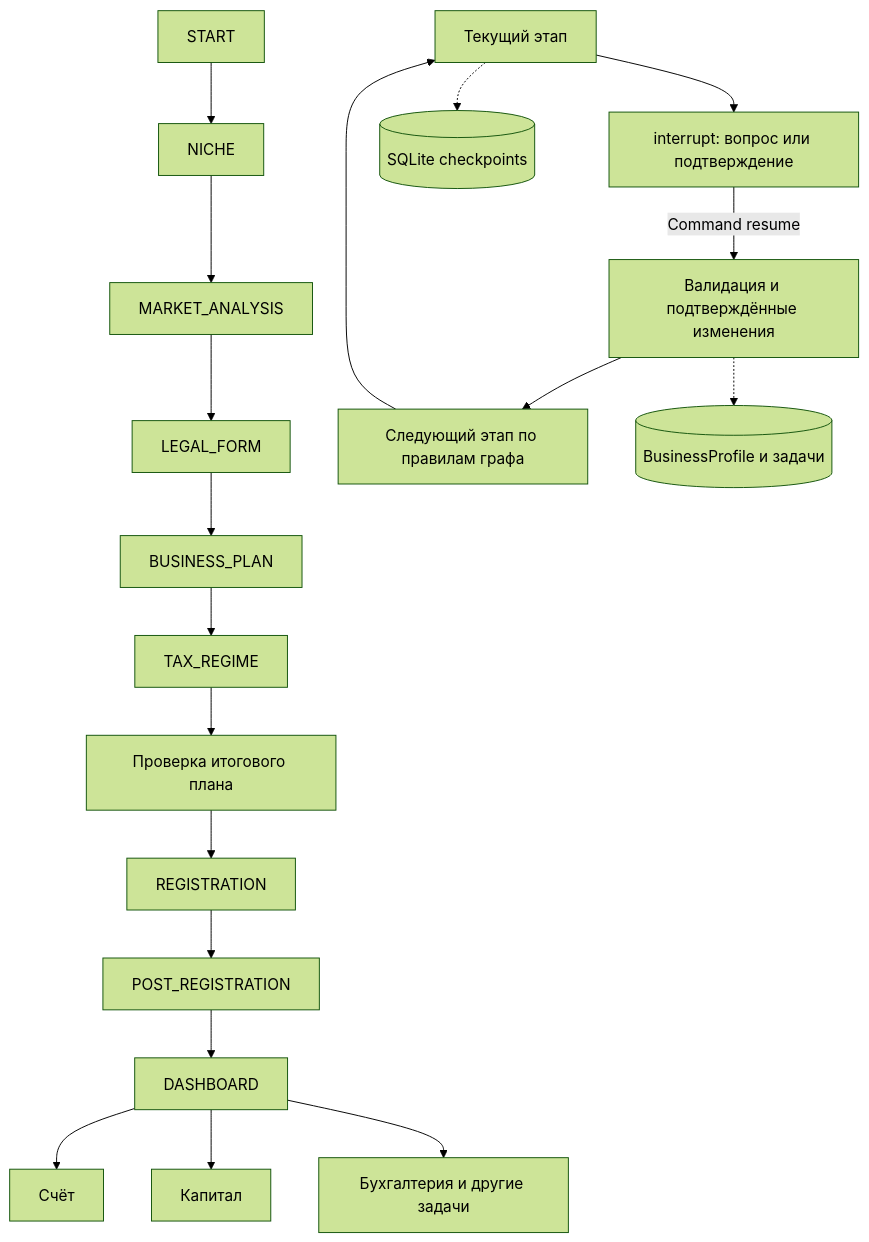
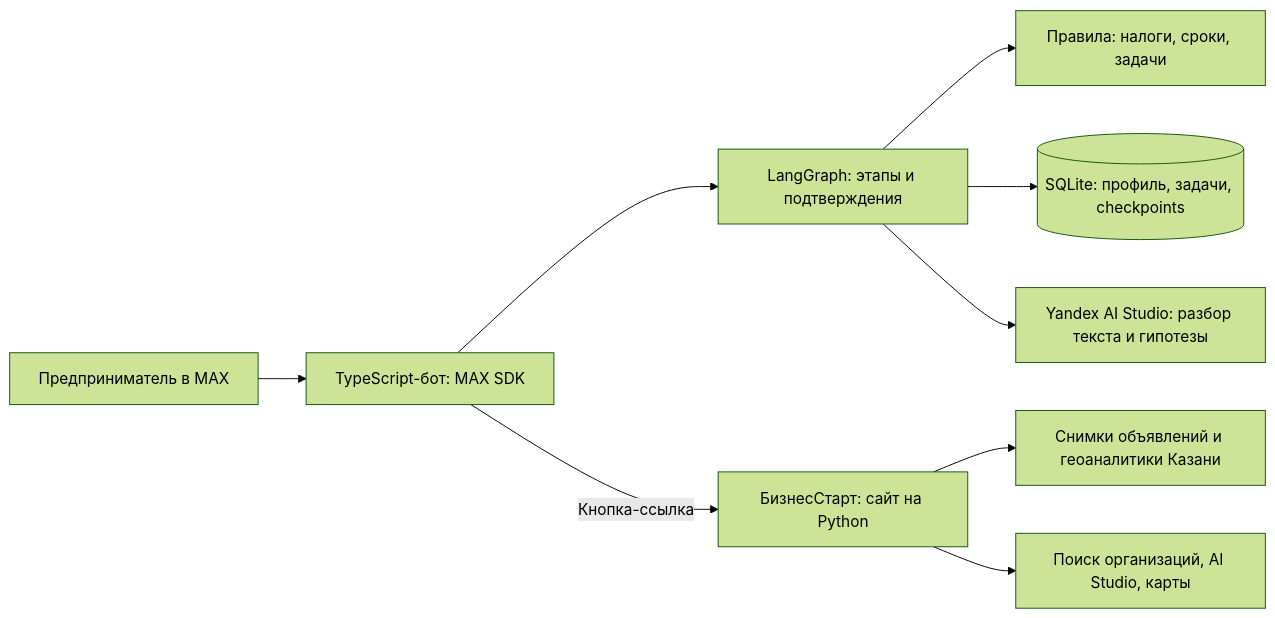
One commit to ShvetsovEgor/effective_business_bot changed the diagram in README.md. Above: the diagram before and after it, drawn with Mermaid (forest theme). The commit also changed other lines of this file and 5 other files, not shown here.

````diff
--- a/README.md
+++ b/README.md
@@ -80,15 +34,11 @@
 ```mermaid
-flowchart TD
-  START --> NICHE --> MARKET_ANALYSIS --> LEGAL_FORM --> BUSINESS_PLAN
-  BUSINESS_PLAN --> TAX_REGIME --> REVIEW[Проверка итогового плана] --> REGISTRATION
-  REGISTRATION --> POST_REGISTRATION --> DASHBOARD
-  DASHBOARD --> BANK[Счёт]
-  DASHBOARD --> CAPITAL[Капитал]
-  DASHBOARD --> BOOKS[Бухгалтерия и другие задачи]
-  STAGE[Текущий этап] --> WAIT[interrupt: вопрос или подтверждение]
-  WAIT -->|Command resume| APPLY[Валидация и подтверждённые изменения]
-  APPLY --> ROUTE[Следующий этап по правилам графа]
-  ROUTE --> STAGE
-  STAGE -.-> CP[(SQLite checkpoints)]
-  APPLY -.-> PROFILE[(BusinessProfile и задачи)]
+flowchart LR
+    U[Предприниматель в MAX] --> B[TypeScript-бот: MAX SDK]
+    B --> G[LangGraph: этапы и подтверждения]
+    G --> R[Правила: налоги, сроки, задачи]
+    G --> DB[(SQLite: профиль, задачи, checkpoints)]
+    G --> AI[Yandex AI Studio: разбор текста и гипотезы]
+    B -->|Кнопка-ссылка| W[БизнесСтарт: сайт на Python]
+    W --> D[Снимки объявлений и геоаналитики Казани]
+    W --> EXT[Поиск организаций, AI Studio, карты]
 ```
````
